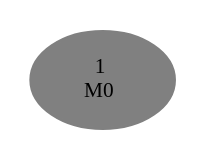
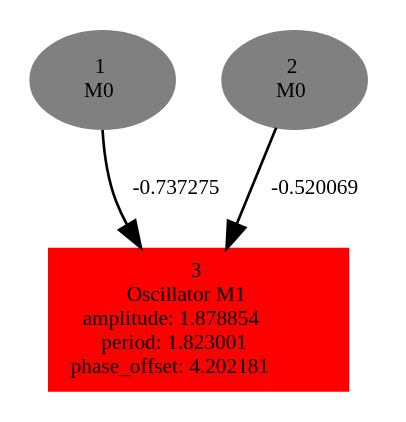
One commit to karinemiras/l-system changed the diagram in experiments/locomotion1/offspringpop2/tempbrain.dot. Above: the diagram before and after it, drawn with Graphviz. The commit also changed 390 other files, not shown here.

```diff
--- a/experiments/locomotion1/offspringpop2/tempbrain.dot
+++ b/experiments/locomotion1/offspringpop2/tempbrain.dot
@@ -1,3 +1,7 @@
  digraph g{ forcelabels=true;
 1[label=<1<BR/>M0>,color="grey",style=filled,fontsize=8];
+2[label=<2<BR/>M0>,color="grey",style=filled,fontsize=8];
+3 [label=<3<BR />Oscillator M1<BR /> amplitude: 1.878854<BR /> period: 1.823001<BR /> phase_offset: 4.202181>, shape=box,color=red,style=filled,fontsize=8];
+1 -> 3[label="-0.737275 ",fontsize="8"];
+2 -> 3[label="-0.520069 ",fontsize="8"];
  }
```
